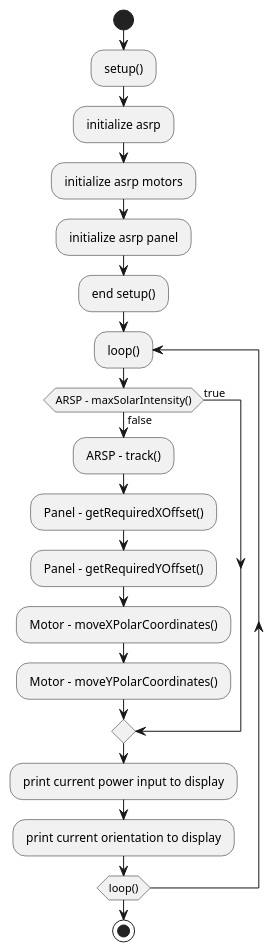
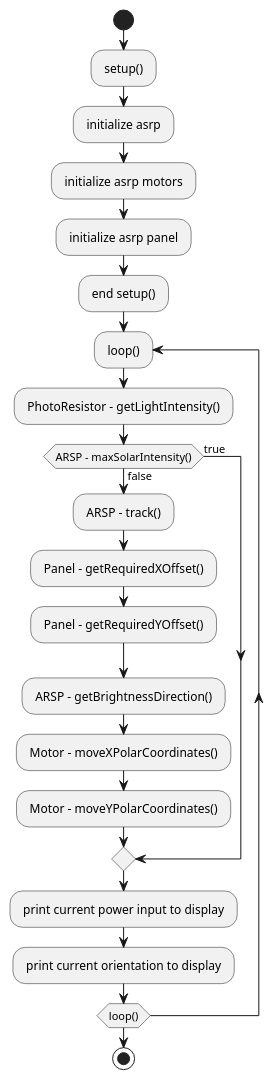
One commit to Charlemagne44/ARSP_Prototype changed the diagram in activity_diagram.puml. Above: the diagram before and after it, drawn with PlantUML. The commit also changed 1 other file, not shown here.

Commit message:
added photo resistor object to flow (temp)

```diff
--- a/activity_diagram.puml
+++ b/activity_diagram.puml
@@ -1,25 +1,27 @@
 @startuml
 'flow of the setup then main loop'
 start
 : setup() ;
 : initialize asrp ;
 : initialize asrp motors ;
 : initialize asrp panel ;
 : end setup() ;
 
 ' loop() '
 repeat : loop() ;
+: PhotoResistor - getLightIntensity() ;
 if (ARSP - maxSolarIntensity()) then (false)
     : ARSP - track() ;
     : Panel - getRequiredXOffset() ;
     : Panel - getRequiredYOffset() ;
+    : ARSP - getBrightnessDirection() ;
     : Motor - moveXPolarCoordinates() ;
     : Motor - moveYPolarCoordinates() ;
 else (true)
 endif
 : print current power input to display ;
 : print current orientation to display ;
 repeat while (loop())
 
 stop
 @enduml
```
